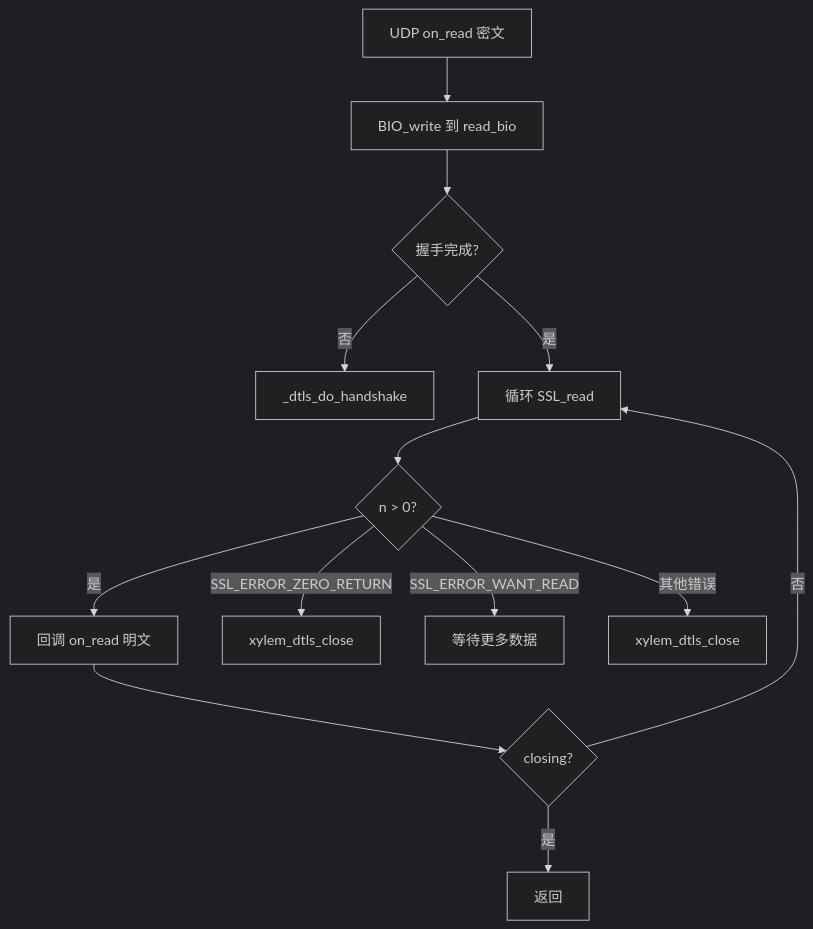
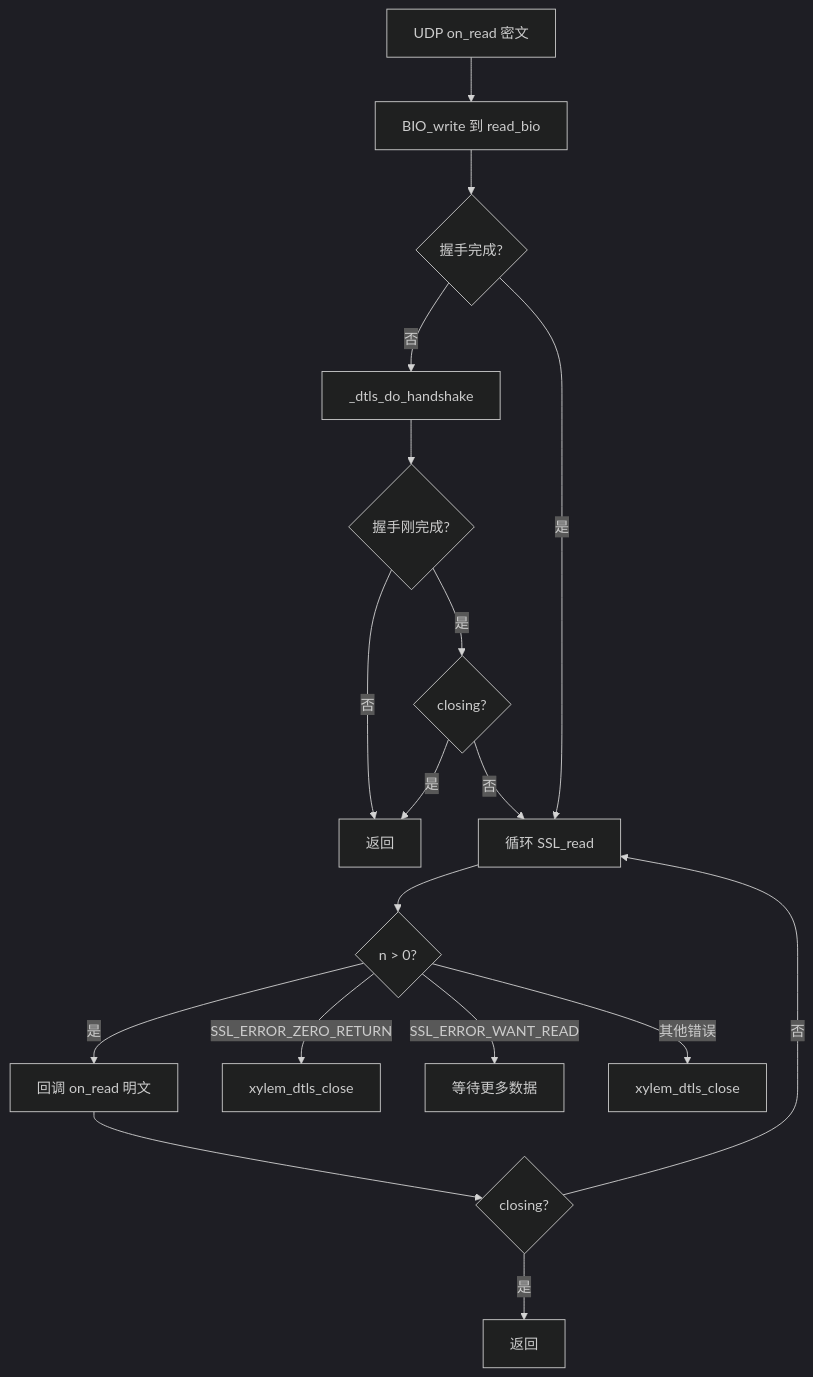
The fifth of 6 diagrams in .kiro/steering/dtls-design.md (MeristemForge/Xylem), drawn with Mermaid (dark theme) before and after one commit. The commit also changed other lines of this file and 15 other files, not shown here.

````diff
--- a/.kiro/steering/dtls-design.md
+++ b/.kiro/steering/dtls-design.md
@@ -239,15 +239,20 @@
 ```mermaid
 flowchart TD
     A[UDP on_read 密文] --> B[BIO_write 到 read_bio]
     B --> C{握手完成?}
     C -->|否| D[_dtls_do_handshake]
+    D --> DA{握手刚完成?}
+    DA -->|否| DB[返回]
+    DA -->|是| DC{closing?}
+    DC -->|是| DB
+    DC -->|否| E
     C -->|是| E[循环 SSL_read]
     E --> F{n > 0?}
     F -->|是| G[回调 on_read 明文]
     G --> H{closing?}
     H -->|是| I[返回]
     H -->|否| E
     F -->|SSL_ERROR_ZERO_RETURN| J[xylem_dtls_close]
     F -->|SSL_ERROR_WANT_READ| K[等待更多数据]
     F -->|其他错误| L[xylem_dtls_close]
 ```
````
